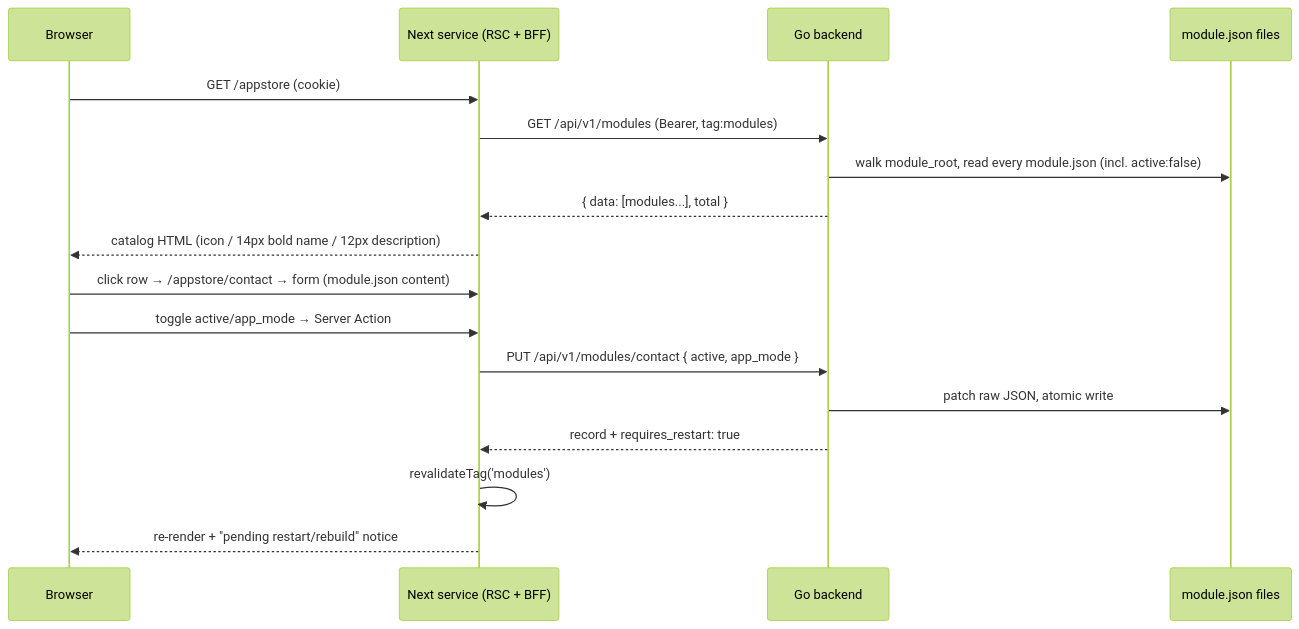
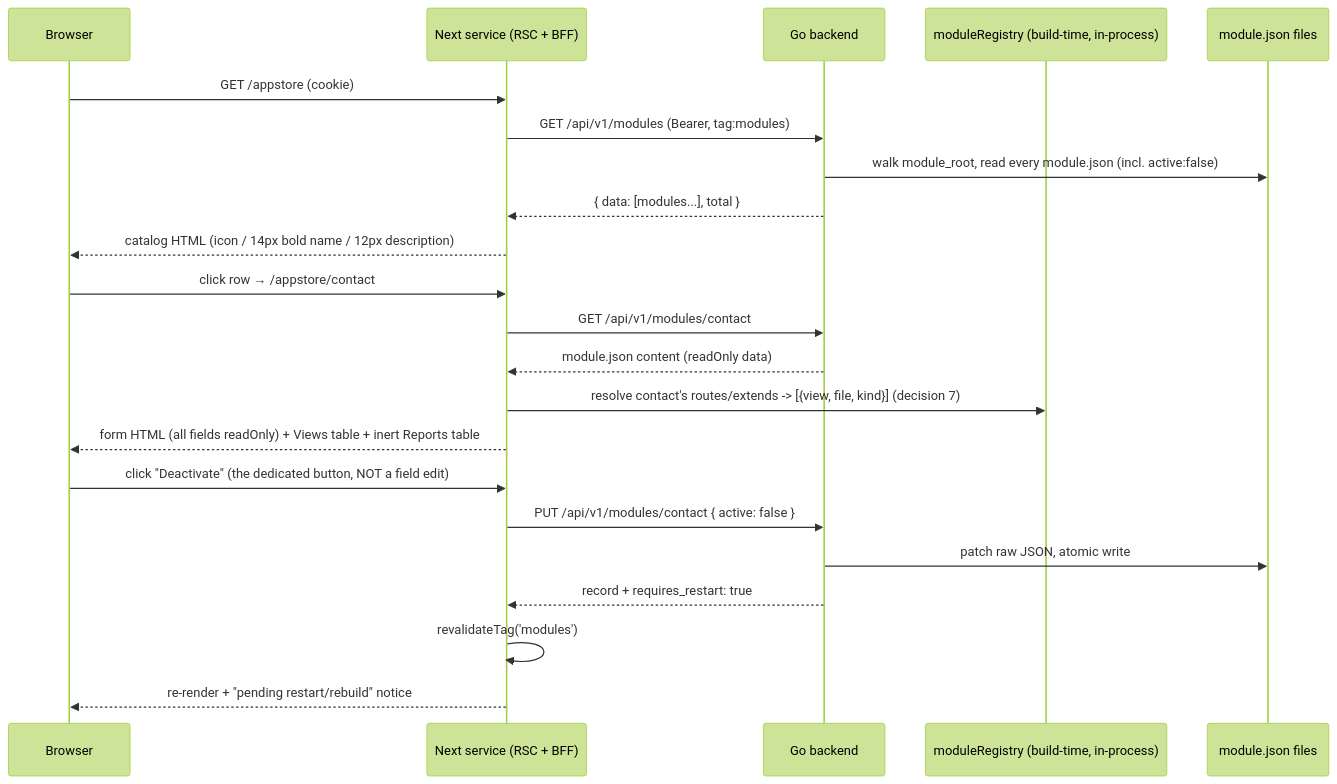
One commit to noiia/EERP changed the first of 2 diagrams in docs/roadmaps/app-store.md. Above: the diagram before and after it, drawn with Mermaid (forest theme). The commit also changed other lines of this file and 43 other files, not shown here.

First line of the commit message:
feat(appstore): module-management API, engine gaps, and the App Store module

````diff
--- a/docs/roadmaps/app-store.md
+++ b/docs/roadmaps/app-store.md
@@ -63,19 +114,24 @@
 ```mermaid
 sequenceDiagram
     participant B as Browser
     participant N as Next service (RSC + BFF)
     participant G as Go backend
+    participant R as moduleRegistry (build-time, in-process)
     participant FS as module.json files
     B->>N: GET /appstore (cookie)
     N->>G: GET /api/v1/modules (Bearer, tag:modules)
     G->>FS: walk module_root, read every module.json (incl. active:false)
     G-->>N: { data: [modules...], total }
     N-->>B: catalog HTML (icon / 14px bold name / 12px description)
-    B->>N: click row → /appstore/contact → form (module.json content)
-    B->>N: toggle active/app_mode → Server Action
-    N->>G: PUT /api/v1/modules/contact { active, app_mode }
+    B->>N: click row → /appstore/contact
+    N->>G: GET /api/v1/modules/contact
+    G-->>N: module.json content (readOnly data)
+    N->>R: resolve contact's routes/extends -> [{view, file, kind}] (decision 7)
+    N-->>B: form HTML (all fields readOnly) + Views table + inert Reports table
+    B->>N: click "Deactivate" (the dedicated button, NOT a field edit)
+    N->>G: PUT /api/v1/modules/contact { active: false }
     G->>FS: patch raw JSON, atomic write
     G-->>N: record + requires_restart: true
     N->>N: revalidateTag('modules')
     N-->>B: re-render + "pending restart/rebuild" notice
 ```
````
